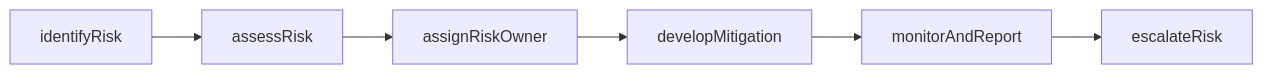
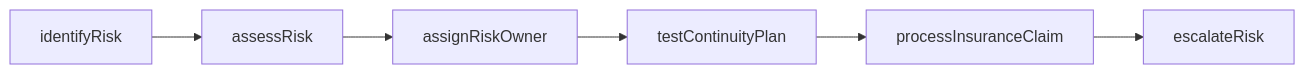
One commit to dot-org-ai/departments.org.ai changed the first of 2 diagrams in LegalCompliance/RiskManagement.mdx. Above: the diagram before and after it, drawn with Mermaid. The commit also changed other lines of this file and 14 other files, not shown here.

````diff
--- a/LegalCompliance/RiskManagement.mdx
+++ b/LegalCompliance/RiskManagement.mdx
@@ -81,8 +81,8 @@
 ```mermaid
 graph LR
   identifyRisk --> assessRisk
   assessRisk --> assignRiskOwner
-  assignRiskOwner --> developMitigation
-  developMitigation --> monitorAndReport
-  monitorAndReport --> escalateRisk
+  assignRiskOwner --> testContinuityPlan
+  testContinuityPlan --> processInsuranceClaim
+  processInsuranceClaim --> escalateRisk
 ```
````
